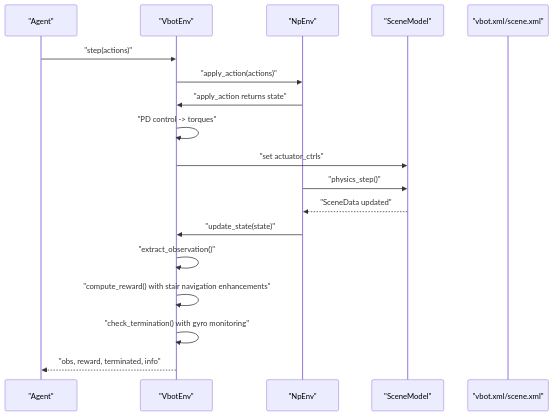
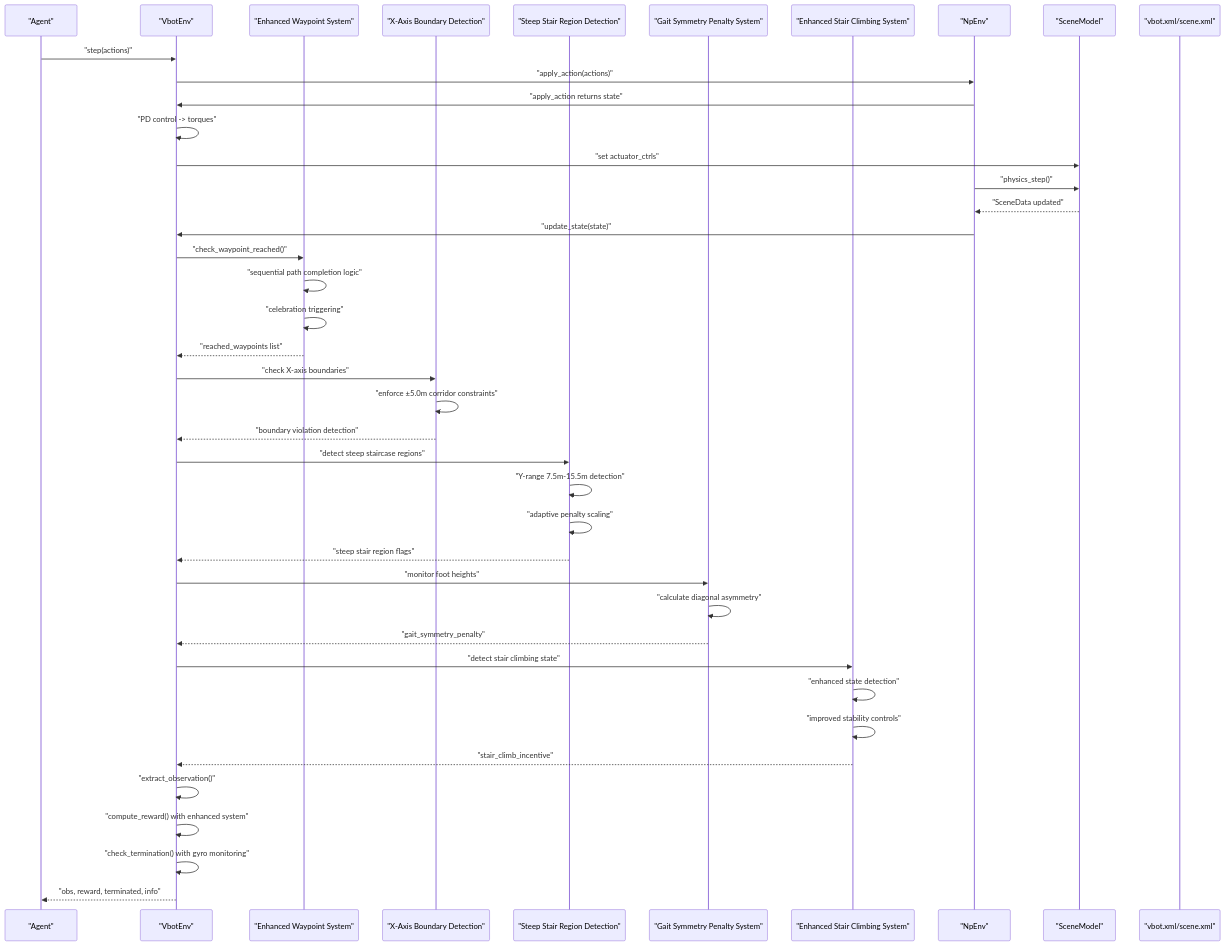
Before and after one commit to jayjayhust/MotrixLab: the second of 4 diagrams in .qoder/repowiki/en/content/Navigation Environments/VBot Navigation/VBot Base Environment.md, drawn with Mermaid. The commit also changed other lines of this file and 27 other files, not shown here.

````diff
--- a/.qoder/repowiki/en/content/Navigation Environments/VBot Navigation/VBot Base Environment.md
+++ b/.qoder/repowiki/en/content/Navigation Environments/VBot Navigation/VBot Base Environment.md
@@ -183,20 +208,43 @@
 ```mermaid
 sequenceDiagram
 participant Agent as "Agent"
 participant Env as "VbotEnv"
+participant WaypointSystem as "Enhanced Waypoint System"
+participant BoundarySystem as "X-Axis Boundary Detection"
+participant SteepStairSystem as "Steep Stair Region Detection"
+participant GaitSystem as "Gait Symmetry Penalty System"
+participant StairSystem as "Enhanced Stair Climbing System"
 participant Base as "NpEnv"
 participant Model as "SceneModel"
 participant XML as "vbot.xml/scene.xml"
 Agent->>Env : "step(actions)"
 Env->>Base : "apply_action(actions)"
 Base->>Env : "apply_action returns state"
 Env->>Env : "PD control -> torques"
 Env->>Model : "set actuator_ctrls"
 Base->>Model : "physics_step()"
 Model-->>Base : "SceneData updated"
 Base->>Env : "update_state(state)"
+Env->>WaypointSystem : "check_waypoint_reached()"
+WaypointSystem->>WaypointSystem : "sequential path completion logic"
+WaypointSystem->>WaypointSystem : "celebration triggering"
+WaypointSystem-->>Env : "reached_waypoints list"
+Env->>BoundarySystem : "check X-axis boundaries"
+BoundarySystem->>BoundarySystem : "enforce ±5.0m corridor constraints"
+BoundarySystem-->>Env : "boundary violation detection"
+Env->>SteepStairSystem : "detect steep staircase regions"
+SteepStairSystem->>SteepStairSystem : "Y-range 7.5m-15.5m detection"
+SteepStairSystem->>SteepStairSystem : "adaptive penalty scaling"
+SteepStairSystem-->>Env : "steep stair region flags"
+Env->>GaitSystem : "monitor foot heights"
+GaitSystem->>GaitSystem : "calculate diagonal asymmetry"
+GaitSystem-->>Env : "gait_symmetry_penalty"
+Env->>StairSystem : "detect stair climbing state"
+StairSystem->>StairSystem : "enhanced state detection"
+StairSystem->>StairSystem : "improved stability controls"
+StairSystem-->>Env : "stair_climb_incentive"
 Env->>Env : "extract_observation()"
-Env->>Env : "compute_reward() with stair navigation enhancements"
+Env->>Env : "compute_reward() with enhanced system"
 Env->>Env : "check_termination() with gyro monitoring"
 Env-->>Agent : "obs, reward, terminated, info"
 ```
````
